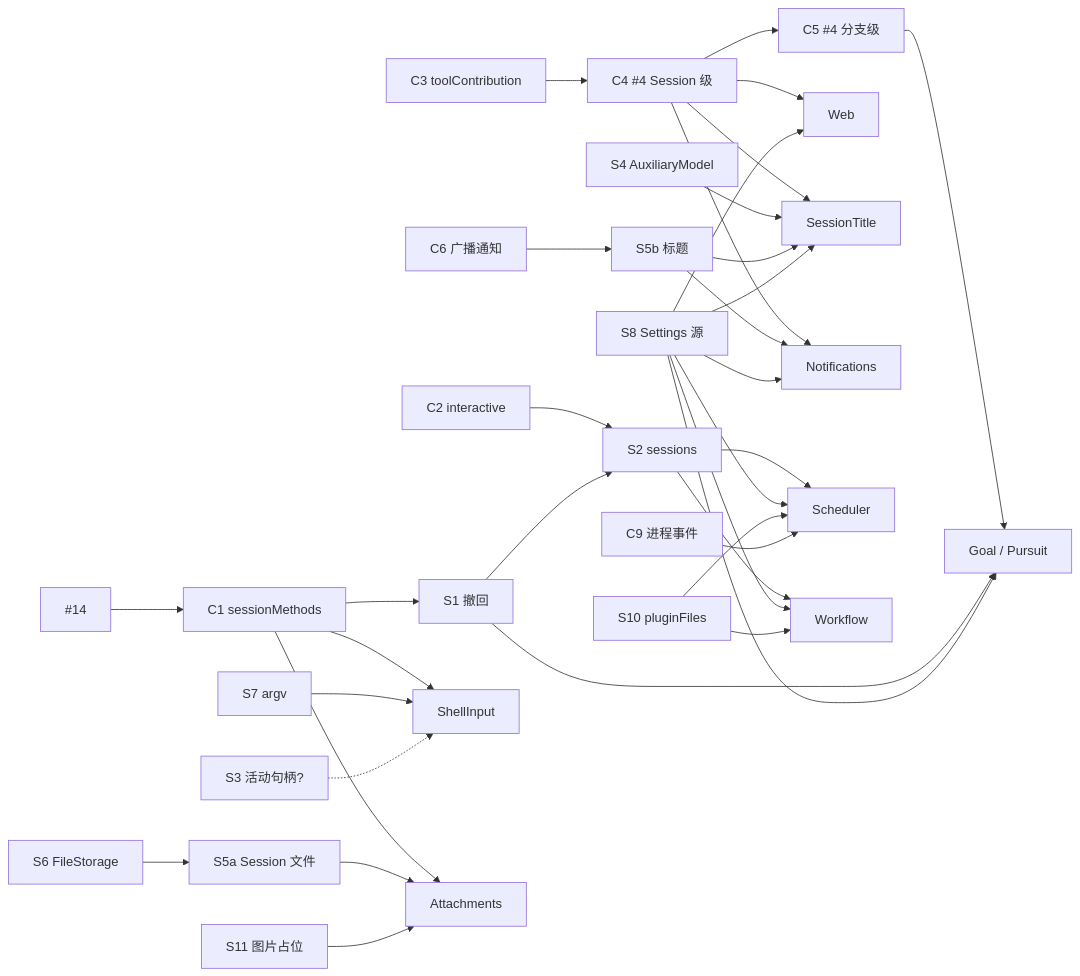
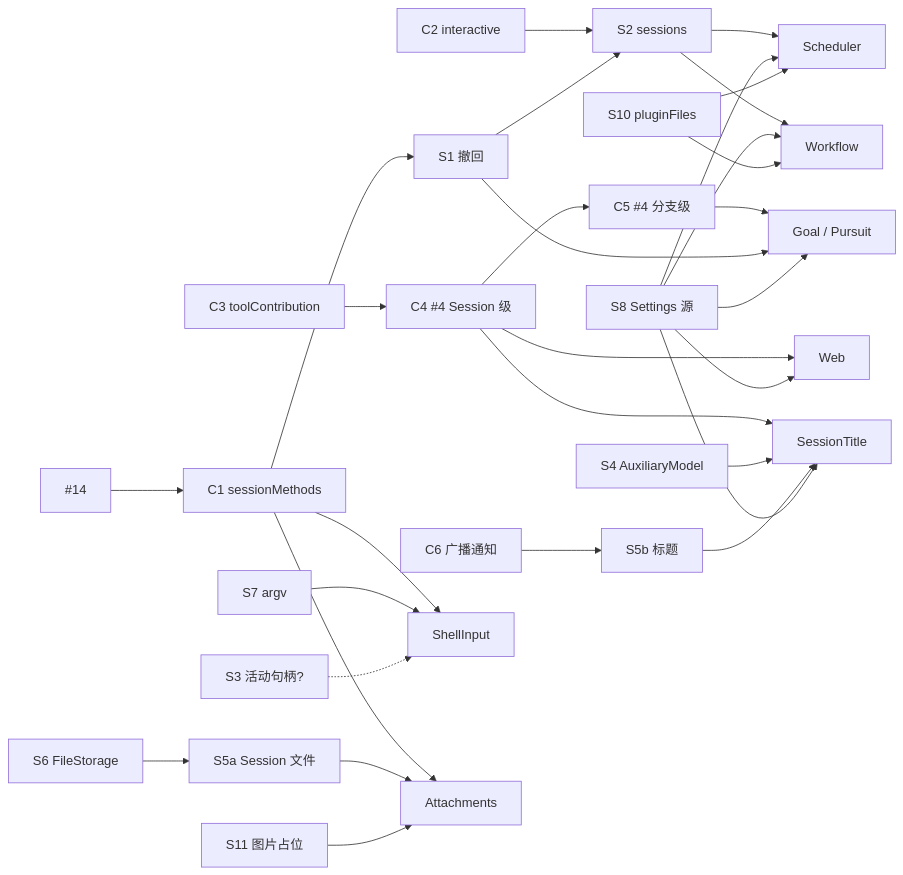
Before and after one commit to CoutinhoTTS/dim-agent: the diagram in docs/design/roadmap.md, drawn with Mermaid. The commit also changed other lines of this file and 8 other files, not shown here.

````diff
--- a/docs/design/roadmap.md
+++ b/docs/design/roadmap.md
@@ -119,36 +119,32 @@
 ```mermaid
 flowchart LR
   PR14["#14"] --> C1["C1 sessionMethods"]
   C3["C3 toolContribution"] --> C4["C4 #4 Session 级"] --> C5["C5 #4 分支级"]
   C1 --> S1["S1 撤回"]
   C2["C2 interactive"] --> S2["S2 sessions"]
   S1 --> S2
   C6["C6 广播通知"] --> S5b["S5b 标题"]
   S6["S6 FileStorage"] --> S5a["S5a Session 文件"]
 
   C1 --> SH["ShellInput"]
   S7["S7 argv"] --> SH
   S3["S3 活动句柄?"] -.-> SH
   C1 --> AT["Attachments"]
   S5a --> AT
   S11["S11 图片占位"] --> AT
   C4 --> WEB["Web"]
   S8["S8 Settings 源"] --> WEB
   C4 --> ST["SessionTitle"]
   S4["S4 AuxiliaryModel"] --> ST
   S5b --> ST
   S8 --> ST
-  C4 --> NO["Notifications"]
-  S5b --> NO
-  S8 --> NO
   C5 --> GO["Goal / Pursuit"]
   S1 --> GO
   S8 --> GO
   S2 --> SC["Scheduler"]
   S2 --> WF["Workflow"]
   S8 --> SC
   S8 --> WF
   S10["S10 pluginFiles"] --> SC
   S10 --> WF
-  C9["C9 进程事件"] --> SC
 ```
````
